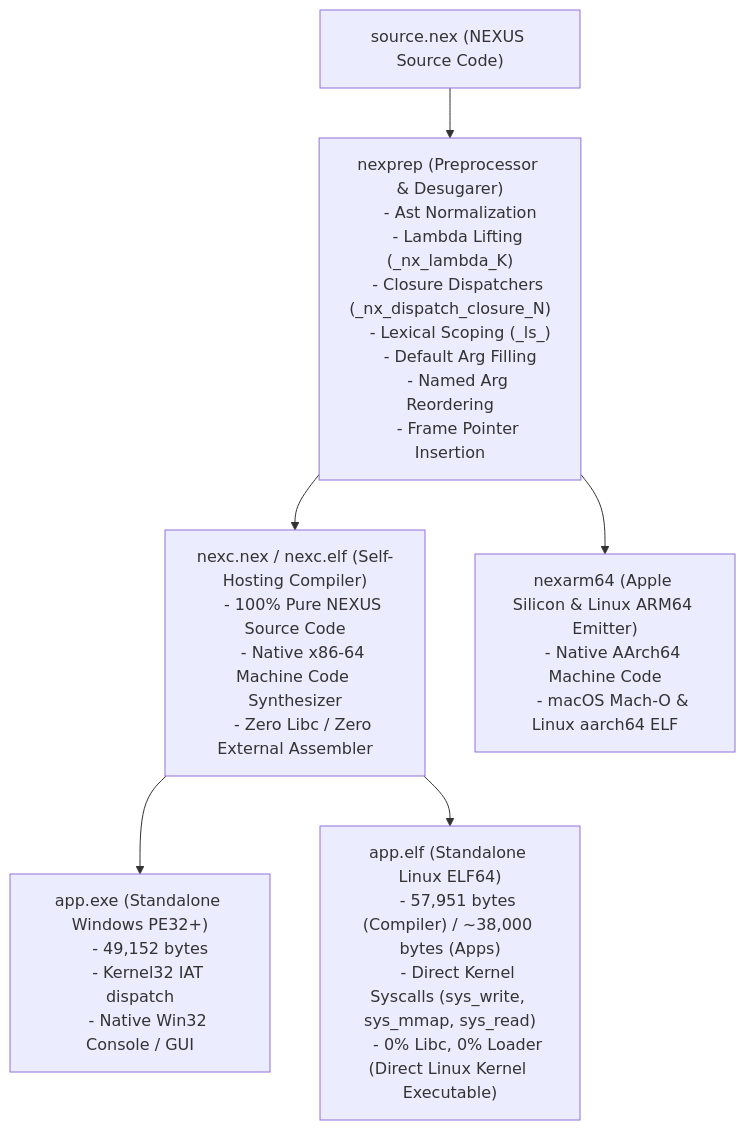
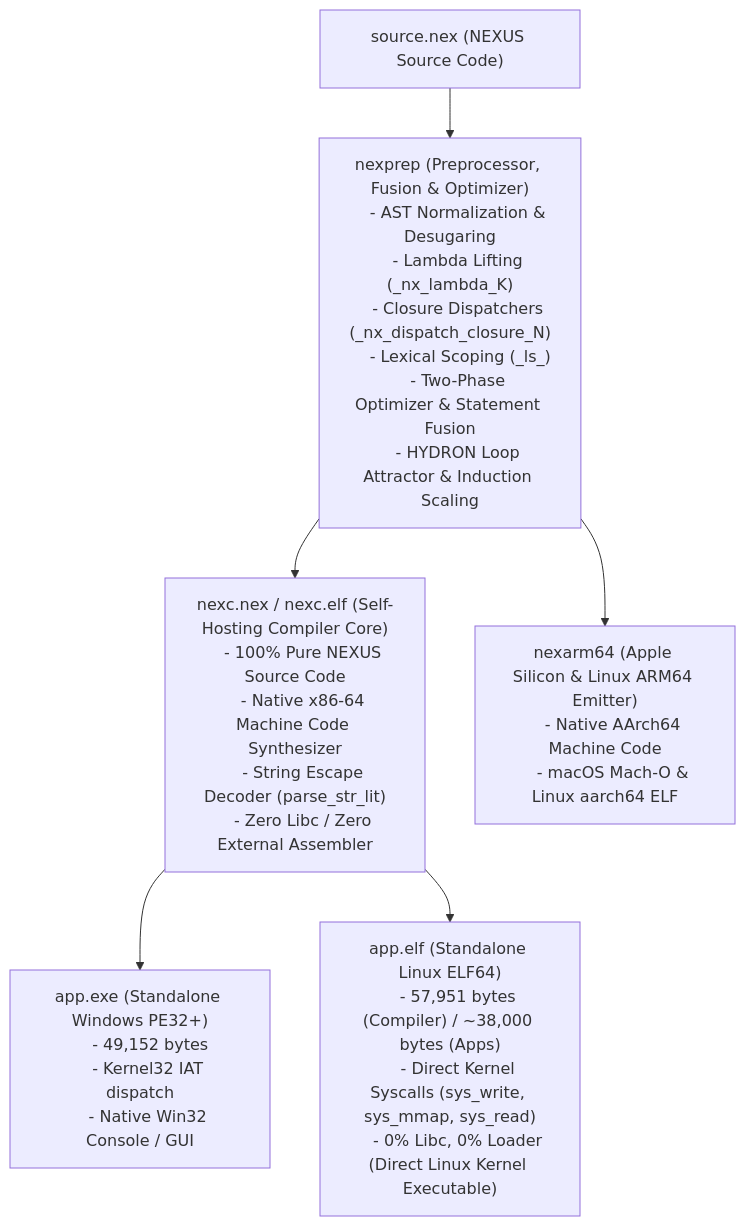
The diagram in README.md (TouchOfDeath/nexus), drawn with Mermaid before and after one commit. The commit also changed other lines of this file and 8 other files, not shown here.

````diff
--- a/README.md
+++ b/README.md
@@ -266,30 +331,30 @@
 ```mermaid
 flowchart TD
-    SRC["source.nex (NEXUS Source Code)"] --> PREP["nexprep (Preprocessor & Desugarer)
-    - Ast Normalization
+    SRC["source.nex (NEXUS Source Code)"] --> PREP["nexprep (Preprocessor, Fusion & Optimizer)
+    - AST Normalization & Desugaring
     - Lambda Lifting (_nx_lambda_K)
     - Closure Dispatchers (_nx_dispatch_closure_N)
     - Lexical Scoping (_ls_)
-    - Default Arg Filling
-    - Named Arg Reordering
-    - Frame Pointer Insertion"]
+    - Two-Phase Optimizer & Statement Fusion
+    - HYDRON Loop Attractor & Induction Scaling"]
     
-    PREP --> NEXC["nexc.nex / nexc.elf (Self-Hosting Compiler)
+    PREP --> NEXC["nexc.nex / nexc.elf (Self-Hosting Compiler Core)
     - 100% Pure NEXUS Source Code
     - Native x86-64 Machine Code Synthesizer
+    - String Escape Decoder (parse_str_lit)
     - Zero Libc / Zero External Assembler"]
     
     NEXC --> PE["app.exe (Standalone Windows PE32+)
     - 49,152 bytes
     - Kernel32 IAT dispatch
     - Native Win32 Console / GUI"]
     
     NEXC --> ELF["app.elf (Standalone Linux ELF64)
     - 57,951 bytes (Compiler) / ~38,000 bytes (Apps)
     - Direct Kernel Syscalls (sys_write, sys_mmap, sys_read)
     - 0% Libc, 0% Loader (Direct Linux Kernel Executable)"]
     
     PREP --> ARM["nexarm64 (Apple Silicon & Linux ARM64 Emitter)
     - Native AArch64 Machine Code
     - macOS Mach-O & Linux aarch64 ELF"]
 ```
````
